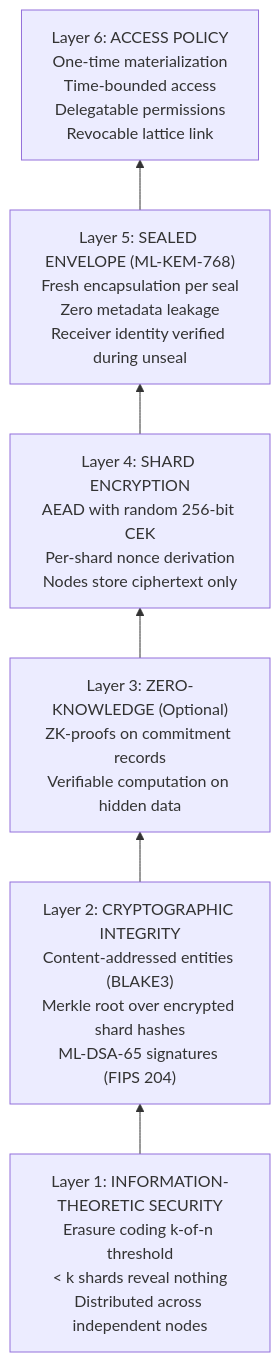
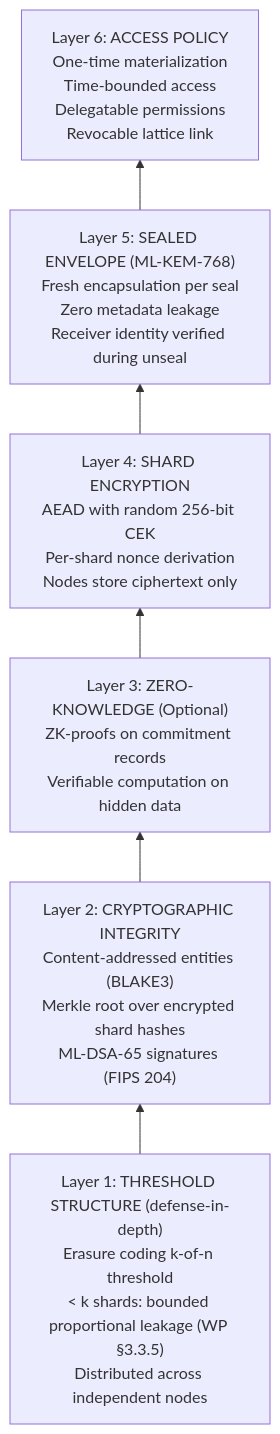
The ninth of 19 diagrams in docs/design-decisions/ARCHITECTURE.md (Suwappu-Labs/suwappu-lattice-protocol), drawn with Mermaid before and after one commit. The commit also changed 5 other files, not shown here.

````diff
--- a/docs/design-decisions/ARCHITECTURE.md
+++ b/docs/design-decisions/ARCHITECTURE.md
@@ -211,15 +211,15 @@
 ```mermaid
 flowchart BT
-    L1["Layer 1: INFORMATION-THEORETIC SECURITY\nErasure coding k-of-n threshold\n< k shards reveal nothing\nDistributed across independent nodes"]
+    L1["Layer 1: THRESHOLD STRUCTURE (defense-in-depth)\nErasure coding k-of-n threshold\n< k shards: bounded proportional leakage (WP §3.3.5)\nDistributed across independent nodes"]
     L2["Layer 2: CRYPTOGRAPHIC INTEGRITY\nContent-addressed entities (BLAKE3)\nMerkle root over encrypted shard hashes\nML-DSA-65 signatures (FIPS 204)"]
     L3["Layer 3: ZERO-KNOWLEDGE (Optional)\nZK-proofs on commitment records\nVerifiable computation on hidden data"]
     L4["Layer 4: SHARD ENCRYPTION\nAEAD with random 256-bit CEK\nPer-shard nonce derivation\nNodes store ciphertext only"]
     L5["Layer 5: SEALED ENVELOPE (ML-KEM-768)\nFresh encapsulation per seal\nZero metadata leakage\nReceiver identity verified during unseal"]
     L6["Layer 6: ACCESS POLICY\nOne-time materialization\nTime-bounded access\nDelegatable permissions\nRevocable lattice link"]
 
     L1 --> L2
     L2 --> L3
     L3 --> L4
     L4 --> L5
     L5 --> L6
 ```
````
